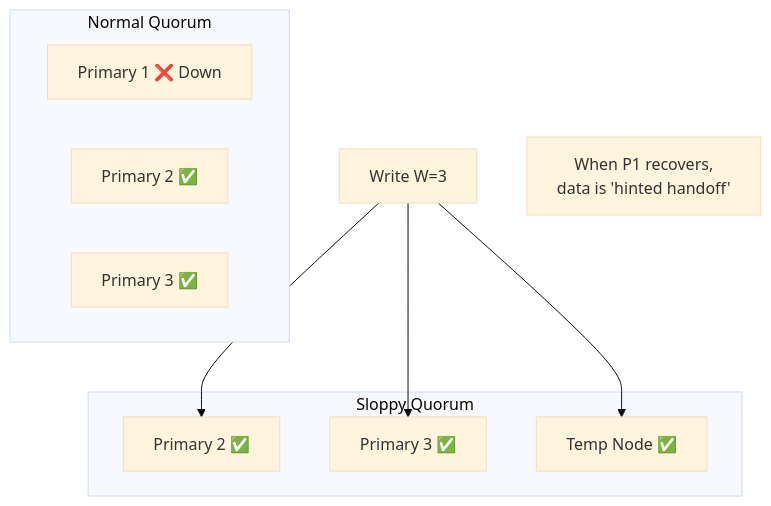
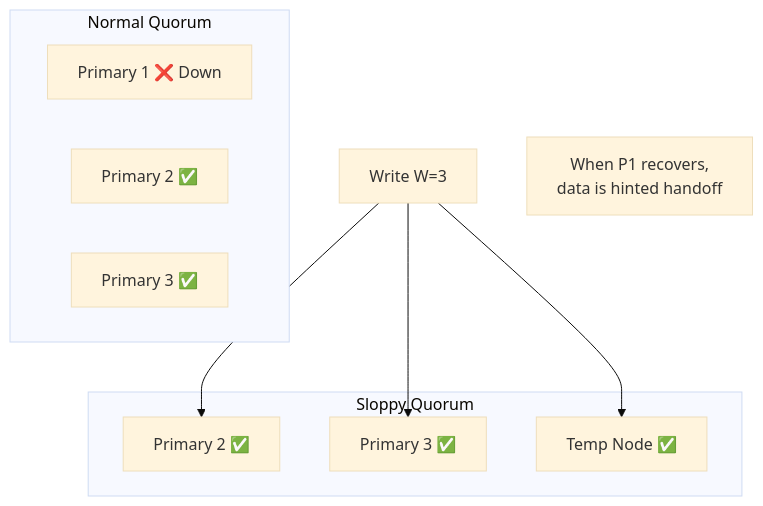
Before and after one commit to sivanagaraju/systemdesign: the sixth of 9 diagrams in distributed-systems/02-partitioning-and-replication/06-quorums.md, drawn with Mermaid (base theme). The commit also changed other lines of this file and 4 other files, not shown here.

````diff
--- a/distributed-systems/02-partitioning-and-replication/06-quorums.md
+++ b/distributed-systems/02-partitioning-and-replication/06-quorums.md
@@ -135,20 +136,20 @@
 ```mermaid
 graph TB
     subgraph "Normal Quorum"
         P1[Primary 1 ❌ Down]
         P2[Primary 2 ✅]
         P3[Primary 3 ✅]
     end
     
     subgraph "Sloppy Quorum"
         SP2[Primary 2 ✅]
         SP3[Primary 3 ✅]
         Temp[Temp Node ✅]
     end
     
     W[Write W=3] --> SP2
     W --> SP3
     W --> Temp
     
-    Note[When P1 recovers,<br/>data is 'hinted handoff']
+    NoteNode[When P1 recovers,<br/>data is hinted handoff]
 ```
````
